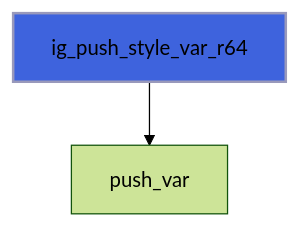
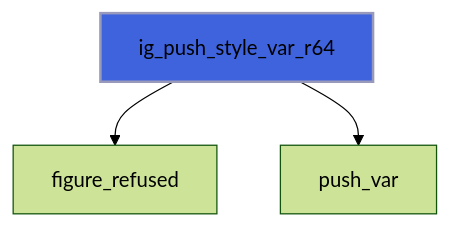
Before and after one commit to szaghi/figure: the ninth of 44 diagrams in docs/api/src/lib/figure_style.md, drawn with Mermaid (forest theme). The commit also changed other lines of this file and 10 other files, not shown here.

````diff
--- a/docs/api/src/lib/figure_style.md
+++ b/docs/api/src/lib/figure_style.md
@@ -360,5 +373,6 @@
 ```mermaid
 flowchart TD
+  ig_push_style_var_r64["ig_push_style_var_r64"] --> figure_refused["figure_refused"]
   ig_push_style_var_r64["ig_push_style_var_r64"] --> push_var["push_var"]
   style ig_push_style_var_r64 fill:#3e63dd,stroke:#99b,stroke-width:2px
 ```
````
